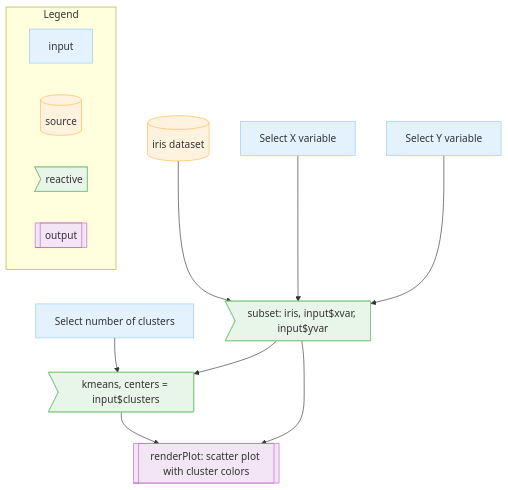
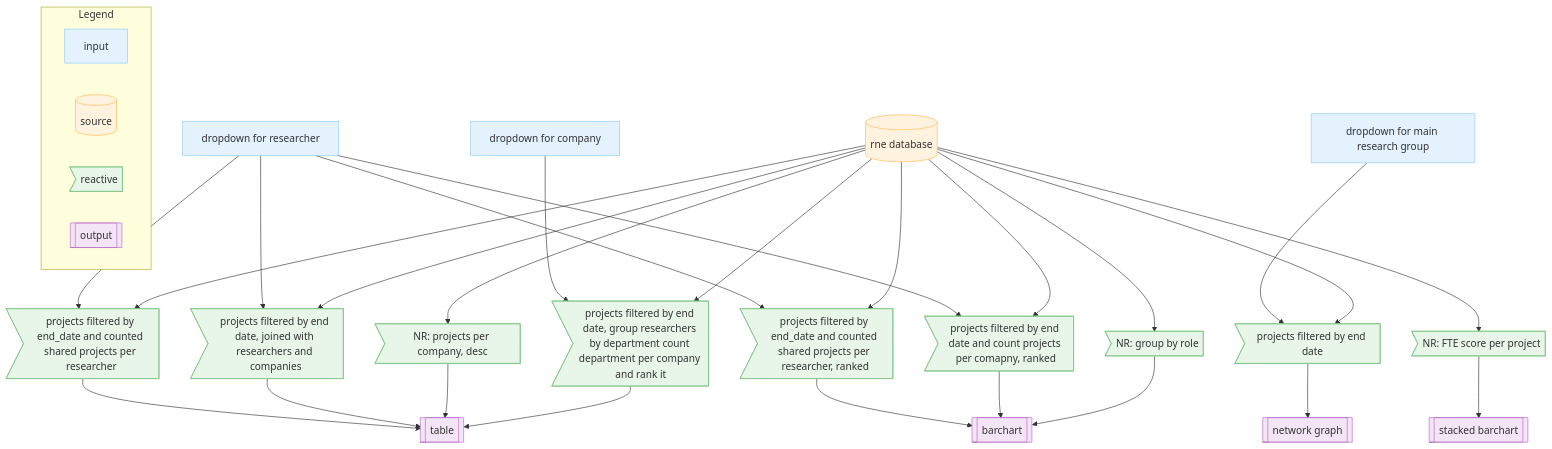
The diagram in theory/mermaid/example_flowchart_mermaid.mmd (ihno999/ReE_group1), drawn with Mermaid before and after one commit.

Commit message:
feature: first version of our mermaid chart.

```diff
--- a/theory/mermaid/example_flowchart_mermaid.mmd
+++ b/theory/mermaid/example_flowchart_mermaid.mmd
@@ -1,46 +1,85 @@
 flowchart TD
   %% ===============================
   %% K-means Clustering on Iris Data
   %% ===============================
 
   %% Inputs
-  A[Select X variable]:::input
-  B[Select Y variable]:::input
-  C[Select number of clusters]:::input
+%%  A[Select X variable]:::input
+%%  B[Select Y variable]:::input
+%%  C[Select number of clusters]:::input
+  dropdownResearcher[dropdown for researcher]:::input
+  dropdownCompany[dropdown for company]:::input
+  dropdownMainResearchGroup[dropdown for main research group]:::input
 
   %% Source
-  D[(iris dataset)]:::source
+%%  D[(iris dataset)]:::source
+  rneDatabase[(rne database)]:::source
 
   %% Reactives
-  E>subset: iris, input$xvar, input$yvar]:::reactive
-  F>kmeans, centers = input$clusters]:::reactive
+%%  E>subset: iris, input$xvar, input$yvar]:::reactive
+%%  F>kmeans, centers = input$clusters]:::reactive
+    BQ2A1_projectsFilteredByEndDateAndCountSharedProjects>projects filtered by end_date and counted shared projects per researcher]:::reactive
+    BQ2A2_projectsFilteredByEndDateAndCountSharedProjectsAndRankIt>projects filtered by end_date and counted shared projects per researcher, ranked]:::reactive
+
+    BQ3A1_projectsFilteredByEndDateJoinWithResearchersAndCompanies>projects filtered by end date, joined with researchers and companies]:::reactive
+    BQ3A2_projectsFilteredByEndDateCountProjectsPerCompanyAndRankIt>projects filtered by end date and count projects per comapny, ranked]:::reactive
+
+    BQ4A1_projectsPerCompany>NR: projects per company, desc]:::reactive
+
+    BQ5A1_projectsFilteredByEndDateAndGroupResearchersByDepartmentAndCountDepartmentPerCompanyAndRankIt>projects filtered by end date, group researchers by department count department per company and rank it]:::reactive
+    BQ5A2_projectsFilteredByEndDate>projects filtered by end date]:::reactive
+
+    BQ6A1_fteScorePerProject>NR: FTE score per project]:::reactive
+    BQ6A2_groupByRole>NR: group by role]:::reactive
+
 
   %% Output
-  G[[renderPlot: scatter plot with cluster colors]]:::output
+%%  G[[renderPlot: scatter plot with cluster colors]]:::output
+  stackedBarchart[[stacked barchart]]:::output
+  barchart[[barchart]]:::output
+  table[[table]]:::output
+  networkGraph[[network graph]]:::output
+
+
 
   %% Edges
-  D --> E
-  A --> E
-  B --> E
-  E --> F
-  C --> F
-  F --> G
-  E --> G
+  dropdownResearcher --> BQ2A1_projectsFilteredByEndDateAndCountSharedProjects
+  rneDatabase --> BQ2A1_projectsFilteredByEndDateAndCountSharedProjects --> table
+
+  dropdownResearcher --> BQ2A2_projectsFilteredByEndDateAndCountSharedProjectsAndRankIt
+  rneDatabase --> BQ2A2_projectsFilteredByEndDateAndCountSharedProjectsAndRankIt --> barchart
+
+  dropdownResearcher --> BQ3A1_projectsFilteredByEndDateJoinWithResearchersAndCompanies
+  rneDatabase --> BQ3A1_projectsFilteredByEndDateJoinWithResearchersAndCompanies --> table
+
+  dropdownResearcher --> BQ3A2_projectsFilteredByEndDateCountProjectsPerCompanyAndRankIt
+  rneDatabase --> BQ3A2_projectsFilteredByEndDateCountProjectsPerCompanyAndRankIt --> barchart
+
+  rneDatabase --> BQ4A1_projectsPerCompany --> table
+
+  dropdownCompany --> BQ5A1_projectsFilteredByEndDateAndGroupResearchersByDepartmentAndCountDepartmentPerCompanyAndRankIt
+  rneDatabase --> BQ5A1_projectsFilteredByEndDateAndGroupResearchersByDepartmentAndCountDepartmentPerCompanyAndRankIt --> table
+
+  dropdownMainResearchGroup --> BQ5A2_projectsFilteredByEndDate
+  rneDatabase --> BQ5A2_projectsFilteredByEndDate --> networkGraph
+
+  rneDatabase --> BQ6A1_fteScorePerProject --> stackedBarchart
+  rneDatabase --> BQ6A2_groupByRole --> barchart
 
   %% Legend
   subgraph Legend
     L1[input]
     L2[(source)]
     L3>reactive]
     L4[[output]]
     class L1 input
     class L2 source
     class L3 reactive
     class L4 output
   end
 
   %% Class Definitions
   classDef input fill:#E3F2FD,stroke:#90CAF9
   classDef source fill:#FFF3E0,stroke:#FFB74D
   classDef reactive fill:#E8F5E9,stroke:#81C784
   classDef output fill:#F3E5F5,stroke:#BA68C8
```
